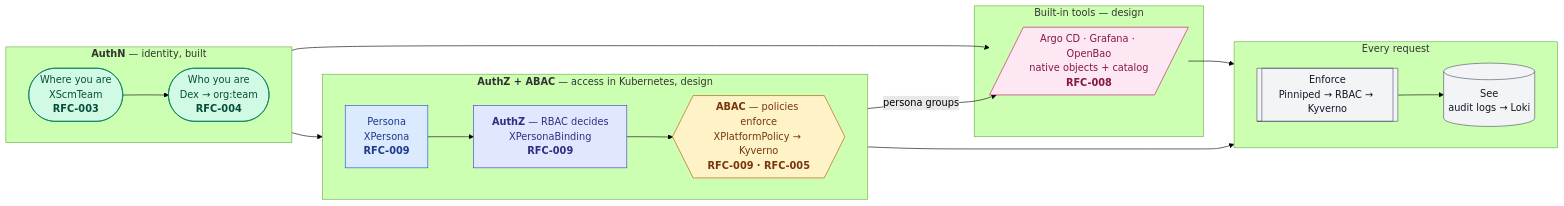
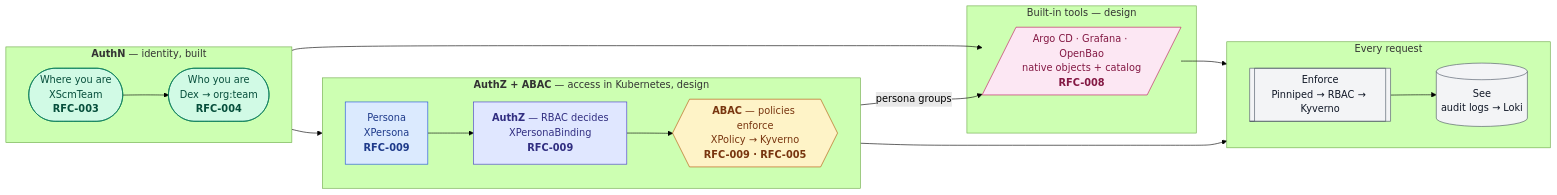
Before and after one commit to wxops-idp/wxops-core: the first of 4 diagrams in development-docs/core-ideas/access-model.md, drawn with Mermaid (forest theme). The commit also changed other lines of this file and 29 other files, not shown here.

````diff
--- a/development-docs/core-ideas/access-model.md
+++ b/development-docs/core-ideas/access-model.md
@@ -31,60 +31,60 @@
 ```mermaid
 flowchart LR
     subgraph IDENTITY["`**AuthN** — identity, built`"]
         direction LR
         WHERE(["`Where you are
 XScmTeam
 **RFC-003**`"])
         WHO(["`Who you are
 Dex → org:team
 **RFC-004**`"])
         WHERE --> WHO
     end
 
     subgraph ACCESS["`**AuthZ + ABAC** — access in Kubernetes, design`"]
         direction LR
         PERSONA["`Persona
 XPersona
 **RFC-009**`"]
         RBAC["`**AuthZ** — RBAC decides
 XPersonaBinding
 **RFC-009**`"]
         GUARD{{"`**ABAC** — policies enforce
-XPlatformPolicy → Kyverno
+XPolicy → Kyverno
 **RFC-009 · RFC-005**`"}}
         PERSONA --> RBAC --> GUARD
     end
 
     subgraph TOOLSG["Built-in tools — design"]
         TOOLS[/"`Argo CD · Grafana · OpenBao
 native objects + catalog
 **RFC-008**`"/]
     end
 
     subgraph RUNTIME["Every request"]
         direction LR
         ENFORCE[["Enforce<br/>Pinniped → RBAC → Kyverno"]]
         SEE[("See<br/>audit logs → Loki")]
         ENFORCE --> SEE
     end
 
     WHO --> PERSONA
     WHO --> TOOLS
     PERSONA -->|persona groups| TOOLS
     GUARD --> ENFORCE
     TOOLS --> ENFORCE
 
     classDef identity fill:#d1fae5,stroke:#047857,color:#064e3b
     classDef persona fill:#dbeafe,stroke:#1d4ed8,color:#1e3a8a
     classDef rbac fill:#e0e7ff,stroke:#4338ca,color:#312e81
     classDef guard fill:#fef3c7,stroke:#b45309,color:#78350f
     classDef tools fill:#fce7f3,stroke:#be185d,color:#831843
     classDef runtime fill:#f3f4f6,stroke:#4b5563,color:#111827
 
     class WHERE,WHO identity
     class PERSONA persona
     class RBAC rbac
     class GUARD guard
     class TOOLS tools
     class ENFORCE,SEE runtime
 ```
````
